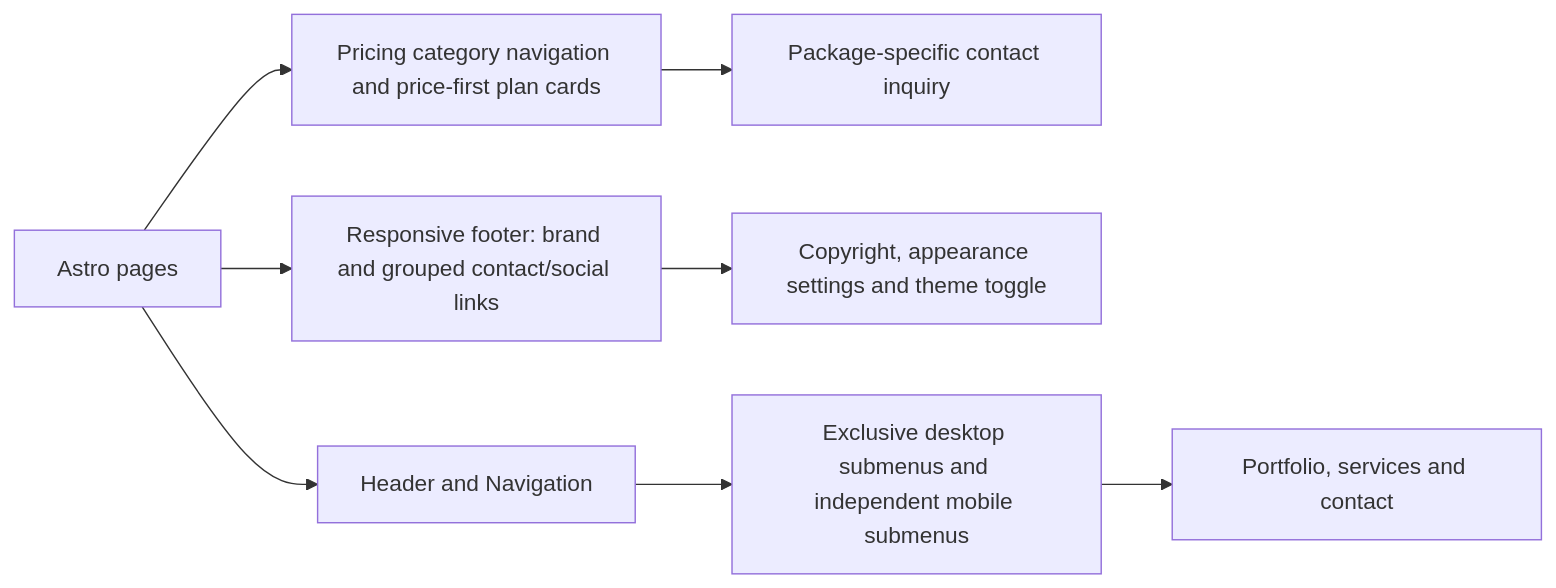
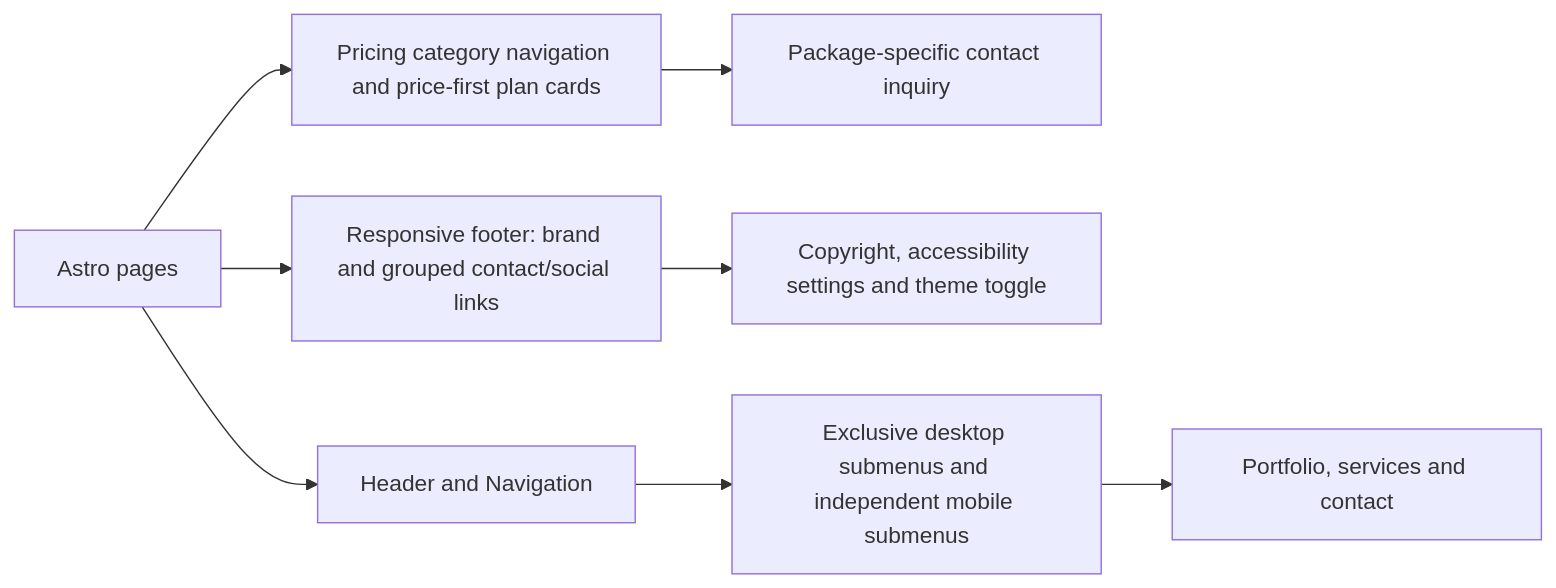
The diagram in src/components/readme.md (anoblet/astronautical-apogee), drawn with Mermaid before and after one commit. The commit also changed other lines of this file and 4 other files, not shown here.

Commit message:
fix(settings): rename appearance to accessibility

````diff
--- a/src/components/readme.md
+++ b/src/components/readme.md
@@ -22,10 +22,10 @@
 ```mermaid
 flowchart LR
   Routes[Astro pages] --> Pricing[Pricing category navigation and price-first plan cards]
   Pricing --> Inquiry[Package-specific contact inquiry]
   Routes --> Footer[Responsive footer: brand and grouped contact/social links]
-  Footer --> Utilities[Copyright, appearance settings and theme toggle]
+  Footer --> Utilities[Copyright, accessibility settings and theme toggle]
   Routes[Astro pages] --> Header[Header and Navigation]
   Header --> Menu[Exclusive desktop submenus and independent mobile submenus]
   Menu --> Destinations[Portfolio, services and contact]
 ```
````
